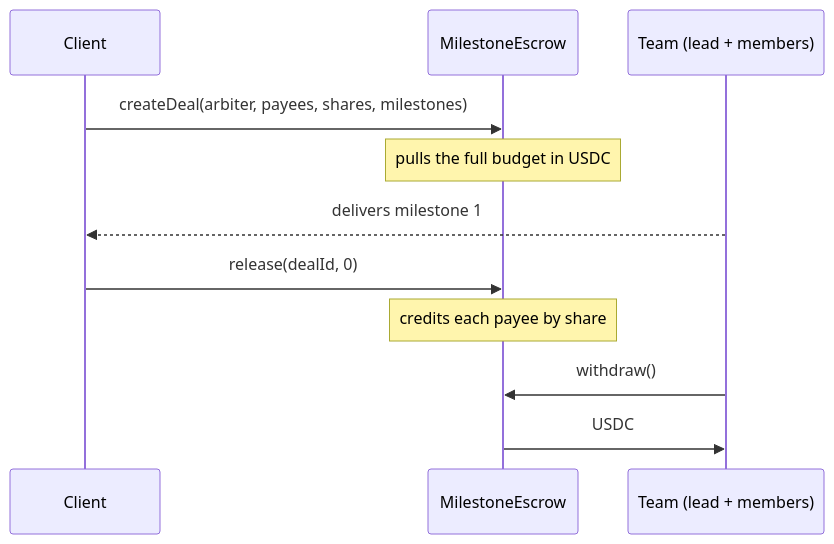
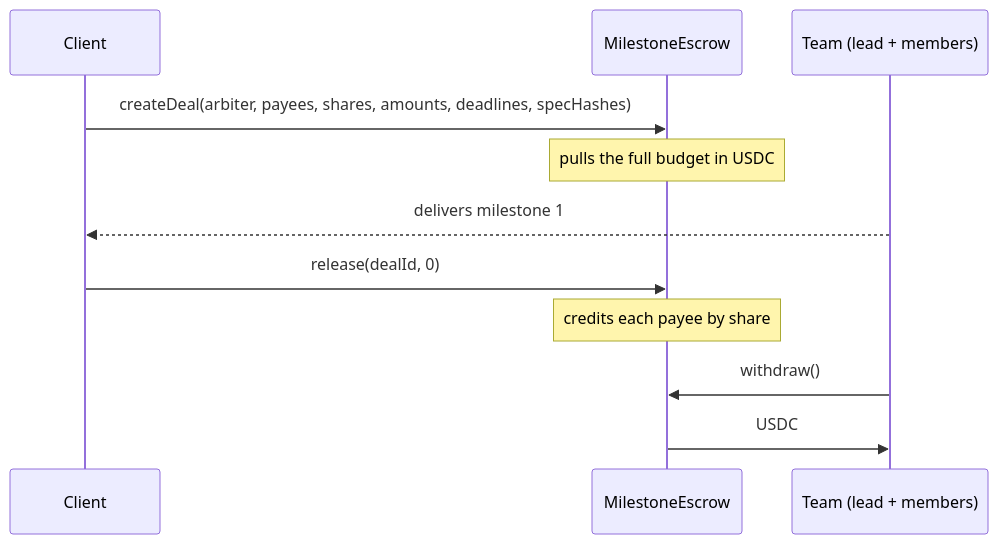
The diagram in README.md (manucadev81/arc-milestone-escrow), drawn with Mermaid before and after one commit. The commit also changed other lines of this file, not shown here.

Commit message:
Describe deadlines, spec hashes and the Prague target in the README

````diff
--- a/README.md
+++ b/README.md
@@ -21,14 +21,14 @@
 ```mermaid
 sequenceDiagram
     participant C as Client
     participant E as MilestoneEscrow
     participant T as Team (lead + members)
 
-    C->>E: createDeal(arbiter, payees, shares, milestones)
+    C->>E: createDeal(arbiter, payees, shares, amounts, deadlines, specHashes)
     Note over E: pulls the full budget in USDC
     T-->>C: delivers milestone 1
     C->>E: release(dealId, 0)
     Note over E: credits each payee by share
     T->>E: withdraw()
     E->>T: USDC
 ```
````
